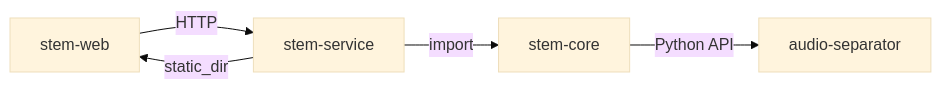
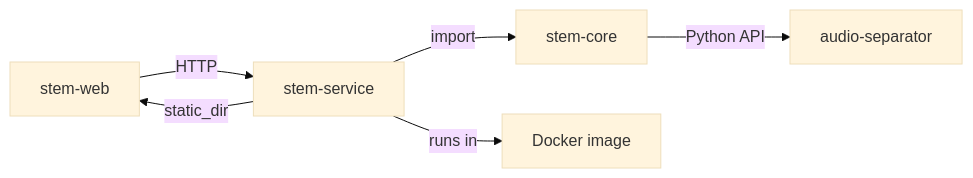
The diagram in docs/dependency-graph.md (martinmayer-tech/music-stems), drawn with Mermaid (base theme) before and after one commit. The commit also changed other lines of this file and 48 other files, not shown here.

Commit message:
0000016: Add the Docker image and compose file (#12)

````diff
--- a/docs/dependency-graph.md
+++ b/docs/dependency-graph.md
@@ -9,7 +9,8 @@
 ```mermaid
 flowchart LR
     web[stem-web] -->|HTTP| service[stem-service]
     service -->|static_dir| web
     service -->|import| core[stem-core]
     core -->|Python API| sep[audio-separator]
+    service -->|runs in| image[Docker image]
 ```
````
